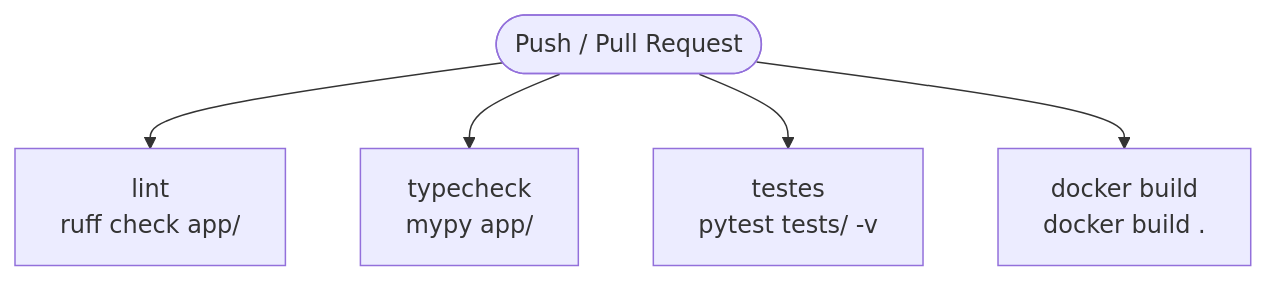
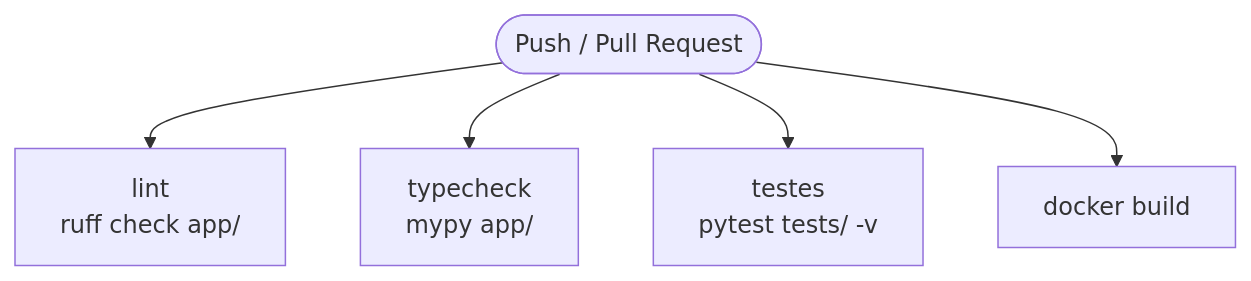
One commit to jonmferreira/gntech-weather-api changed the fourth of 4 diagrams in README.md. Above: the diagram before and after it, drawn with Mermaid. The commit also changed other lines of this file and 1 other file, not shown here.

````diff
--- a/README.md
+++ b/README.md
@@ -218,7 +193,7 @@
 ```mermaid
 flowchart TD
     PR([Push / Pull Request]) --> L[lint\nruff check app/]
     PR --> T[typecheck\nmypy app/]
     PR --> TS[testes\npytest tests/ -v]
-    PR --> DB[docker build\ndocker build .]
+    PR --> DB[docker build]
 ```
````
